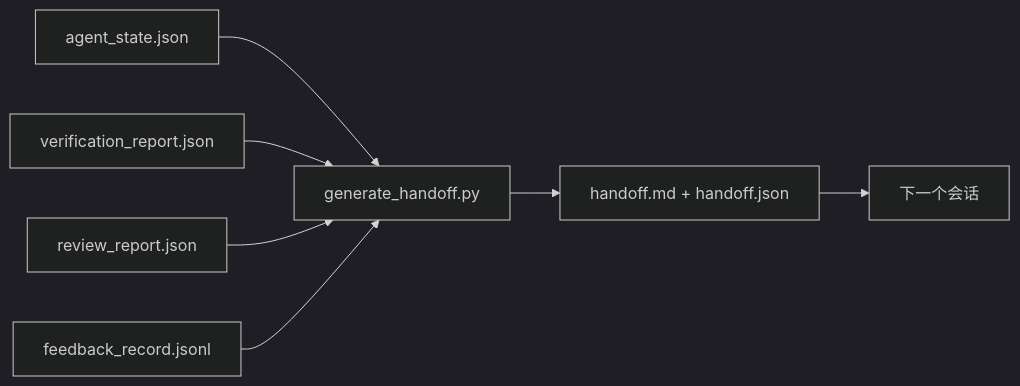
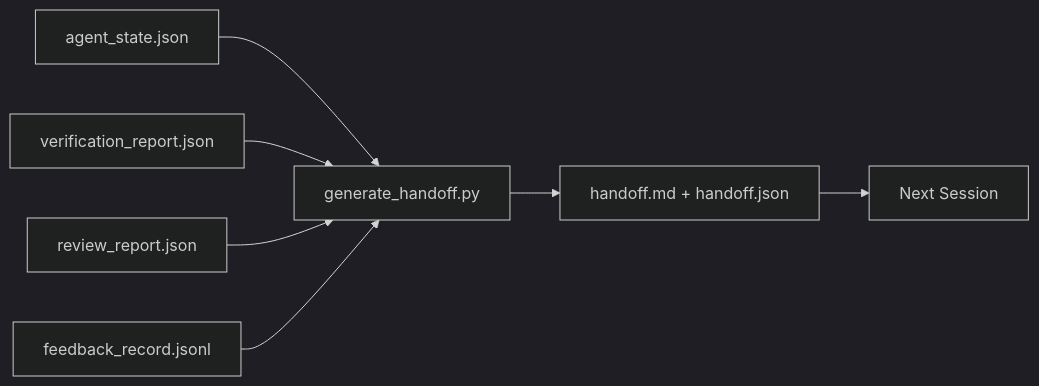
Before and after one commit to xiaojiaenen/ai-engineering-from-scratch-zh: the diagram in i18n/zh/phases/14-agent-engineering/40-multi-session-handoff/docs/zh.md, drawn with Mermaid (dark theme). The commit also changed other lines of this file and 54 other files, not shown here.

````diff
--- a/i18n/zh/phases/14-agent-engineering/40-multi-session-handoff/docs/zh.md
+++ b/i18n/zh/phases/14-agent-engineering/40-multi-session-handoff/docs/zh.md
@@ -25,9 +25,9 @@
 ```mermaid
 flowchart LR
   State[agent_state.json] --> Generator[generate_handoff.py]
   Verdict[verification_report.json] --> Generator
   Review[review_report.json] --> Generator
   Feedback[feedback_record.jsonl] --> Generator
   Generator --> Handoff[handoff.md + handoff.json]
-  Handoff --> Next[下一个会话]
+  Handoff --> Next[Next Session]
 ```
````
